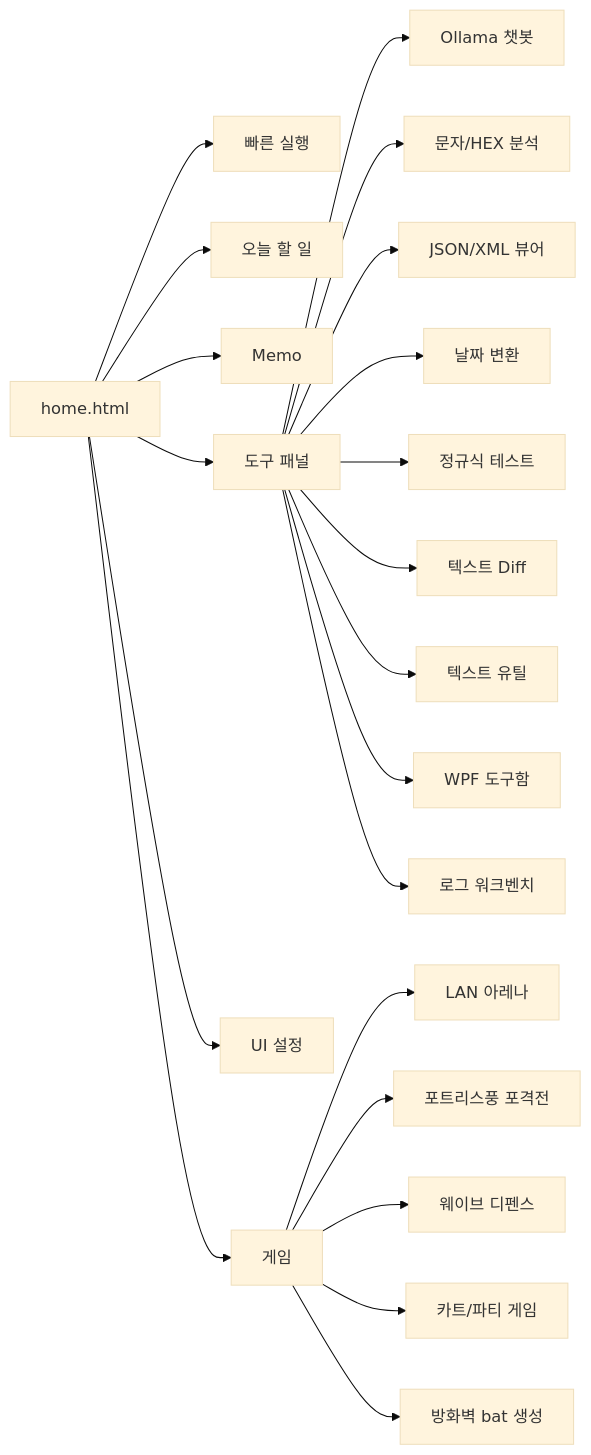
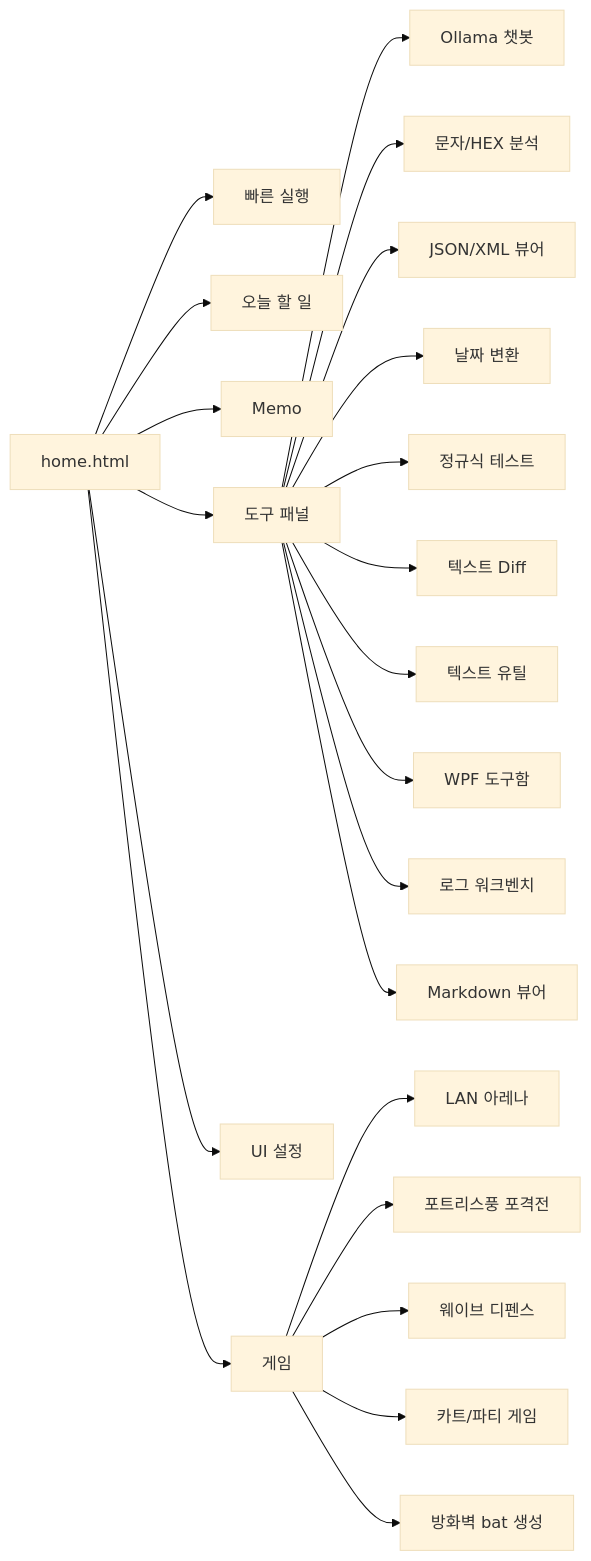
The diagram in README.md (kjsu1994/Good_ETC), drawn with Mermaid (base theme) before and after one commit. The commit also changed other lines of this file and 3 other files, not shown here.

````diff
--- a/README.md
+++ b/README.md
@@ -14,24 +14,25 @@
 ```mermaid
 flowchart LR
     A[home.html] --> B[빠른 실행]
     A --> C[오늘 할 일]
     A --> D[Memo]
     A --> E[도구 패널]
     A --> F[UI 설정]
     A --> G[게임]
 
     E --> E1[Ollama 챗봇]
     E --> E2[문자/HEX 분석]
     E --> E3[JSON/XML 뷰어]
     E --> E4[날짜 변환]
     E --> E5[정규식 테스트]
     E --> E6[텍스트 Diff]
     E --> E7[텍스트 유틸]
     E --> E8[WPF 도구함]
     E --> E9[로그 워크벤치]
+    E --> E10[Markdown 뷰어]
     G --> G1[LAN 아레나]
     G --> G2[포트리스풍 포격전]
     G --> G3[웨이브 디펜스]
     G --> G4[카트/파티 게임]
     G --> G5[방화벽 bat 생성]
 ```
````
